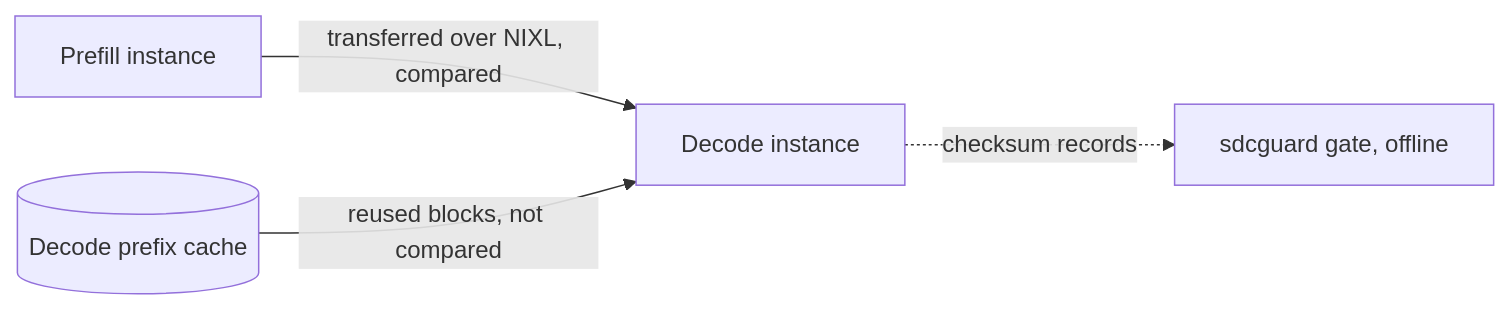
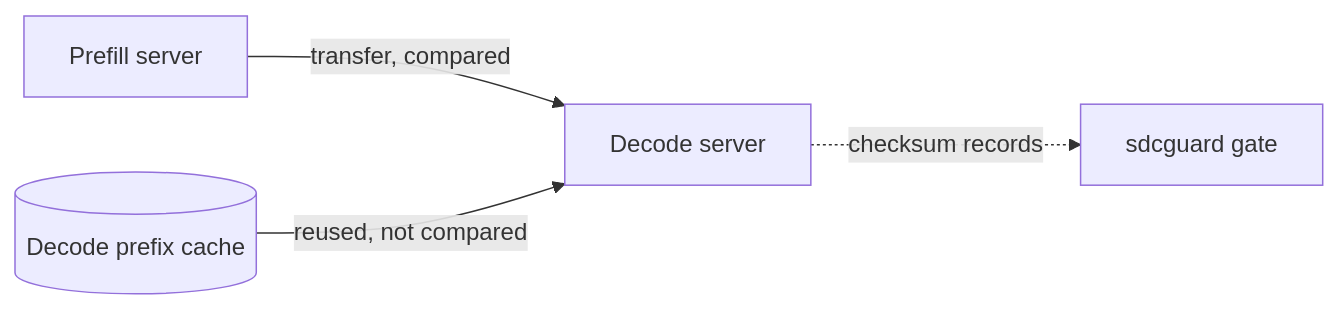
The diagram in README.md (hari-kancharla/sdcguard), drawn with Mermaid before and after one commit. The commit also changed other lines of this file, not shown here.

````diff
--- a/README.md
+++ b/README.md
@@ -77,6 +54,6 @@
 ```mermaid
 flowchart LR
-  P[Prefill instance] -->|"transferred over NIXL, compared"| D[Decode instance]
-  K[(Decode prefix cache)] -->|"reused blocks, not compared"| D
-  D -.->|"checksum records"| G[sdcguard gate, offline]
+  P[Prefill server] -->|"transfer, compared"| D[Decode server]
+  K[(Decode prefix cache)] -->|"reused, not compared"| D
+  D -.->|"checksum records"| G[sdcguard gate]
 ```
````
